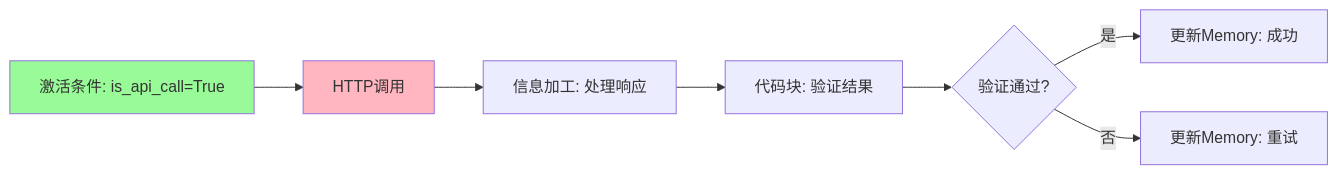
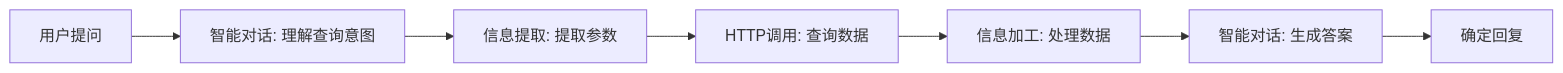
One commit to Sonnet0524/AI-Lesson-Training changed the third of 5 diagrams in Lesson-01/resources/示例代码/ReAct在灵知平台的实现方案.md. Above: the diagram before and after it, drawn with Mermaid. The commit also changed other lines of this file, not shown here.

````diff
--- a/Lesson-01/resources/示例代码/ReAct在灵知平台的实现方案.md
+++ b/Lesson-01/resources/示例代码/ReAct在灵知平台的实现方案.md
@@ -457,12 +365,9 @@
 ```mermaid
 graph LR
-    A[激活条件: is_api_call=True] --> B[HTTP调用]
-    B --> C[信息加工: 处理响应]
-    C --> D[代码块: 验证结果]
-    D --> E{验证通过?}
-    E -->|是| F[更新Memory: 成功]
-    E -->|否| G[更新Memory: 重试]
-    
-    style A fill:#98FB98
-    style B fill:#FFB6C1
+    A[用户提问] --> B[智能对话: 理解查询意图]
+    B --> C[信息提取: 提取参数]
+    C --> D[HTTP调用: 查询数据]
+    D --> E[信息加工: 处理数据]
+    E --> F[智能对话: 生成答案]
+    F --> G[确定回复]
 ```
````
